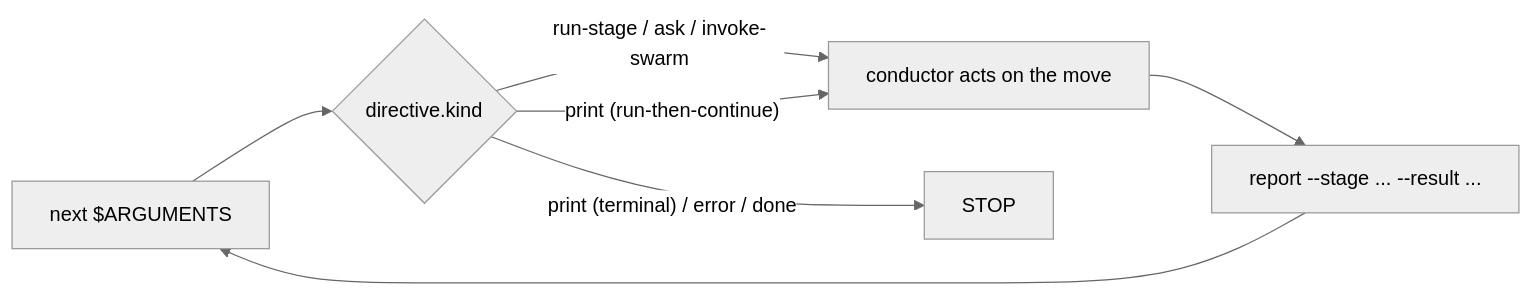
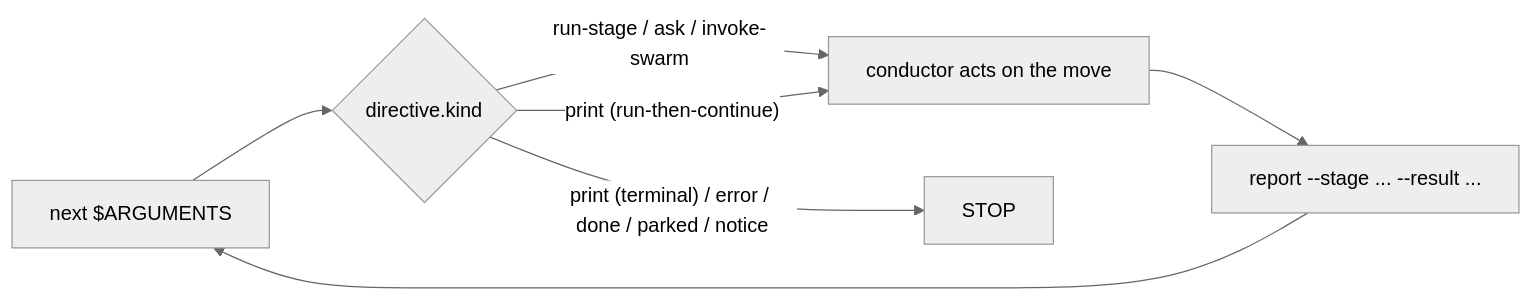
The diagram in docs/reference/en/17-skill-system.md (otomatty/aidlc-guide), drawn with Mermaid (neutral theme) before and after one commit. The commit also changed other lines of this file and 321 other files, not shown here.

````diff
--- a/docs/reference/en/17-skill-system.md
+++ b/docs/reference/en/17-skill-system.md
@@ -79,9 +84,9 @@
 ```mermaid
 flowchart LR
   A["next $ARGUMENTS"] --> B{"directive.kind"}
   B -->|"run-stage / ask / invoke-swarm"| C["conductor acts on the move"]
   C --> D["report --stage ... --result ..."]
   D --> A
   B -->|"print (run-then-continue)"| C
-  B -->|"print (terminal) / error / done"| E["STOP"]
+  B -->|"print (terminal) / error / done / parked / notice"| E["STOP"]
 ```
````
